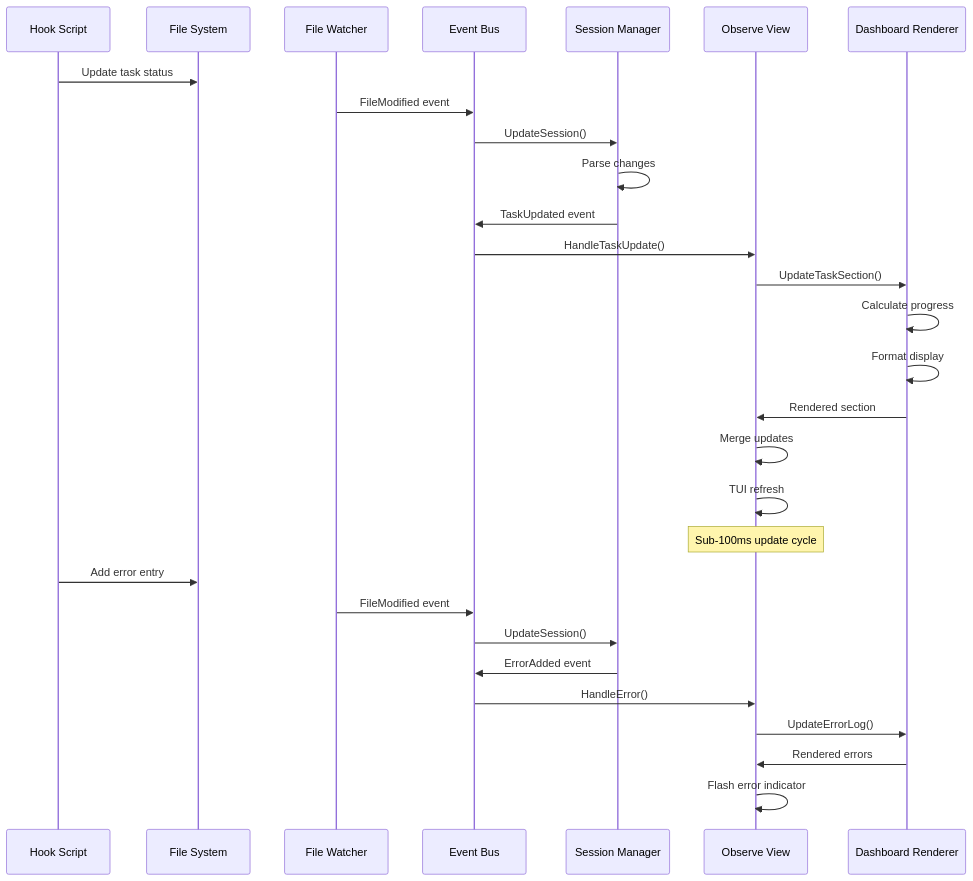
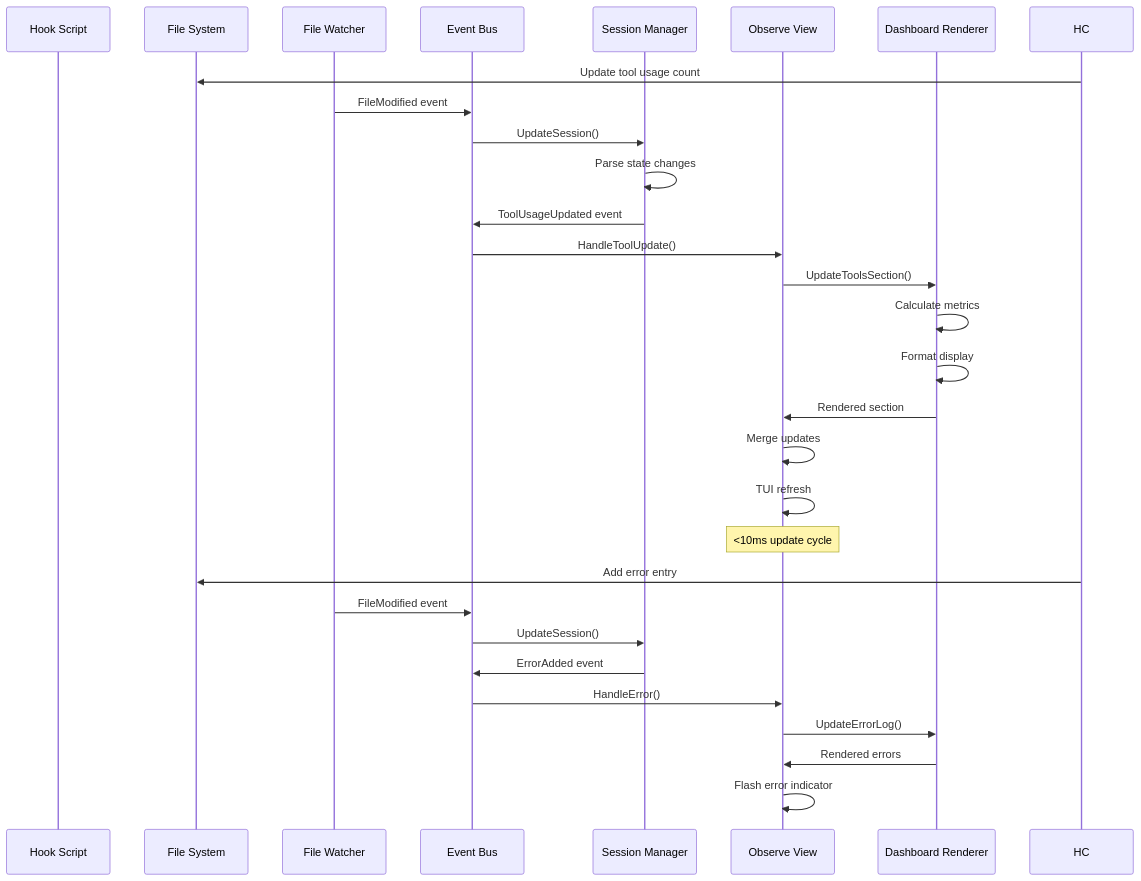
One commit to dylan-gluck/spcstr changed the third of 5 diagrams in docs/architecture/core-workflows.md. Above: the diagram before and after it, drawn with Mermaid. The commit also changed other lines of this file and 31 other files, not shown here.

````diff
--- a/docs/architecture/core-workflows.md
+++ b/docs/architecture/core-workflows.md
@@ -87,35 +97,35 @@
 ```mermaid
 sequenceDiagram
     participant HS as Hook Script
     participant FS as File System
     participant FW as File Watcher
     participant EB as Event Bus
     participant SM as Session Manager
     participant OV as Observe View
     participant DR as Dashboard Renderer
     
-    HS->>FS: Update task status
+    HC->>FS: Update tool usage count
     FW->>EB: FileModified event
     EB->>SM: UpdateSession()
-    SM->>SM: Parse changes
-    SM->>EB: TaskUpdated event
+    SM->>SM: Parse state changes
+    SM->>EB: ToolUsageUpdated event
     
-    EB->>OV: HandleTaskUpdate()
-    OV->>DR: UpdateTaskSection()
-    DR->>DR: Calculate progress
+    EB->>OV: HandleToolUpdate()
+    OV->>DR: UpdateToolsSection()
+    DR->>DR: Calculate metrics
     DR->>DR: Format display
     DR->>OV: Rendered section
     OV->>OV: Merge updates
     OV->>OV: TUI refresh
     
-    Note over OV: Sub-100ms update cycle
+    Note over OV: <10ms update cycle
     
-    HS->>FS: Add error entry
+    HC->>FS: Add error entry
     FW->>EB: FileModified event
     EB->>SM: UpdateSession()
     SM->>EB: ErrorAdded event
     EB->>OV: HandleError()
     OV->>DR: UpdateErrorLog()
     DR->>OV: Rendered errors
     OV->>OV: Flash error indicator
 ```
````
